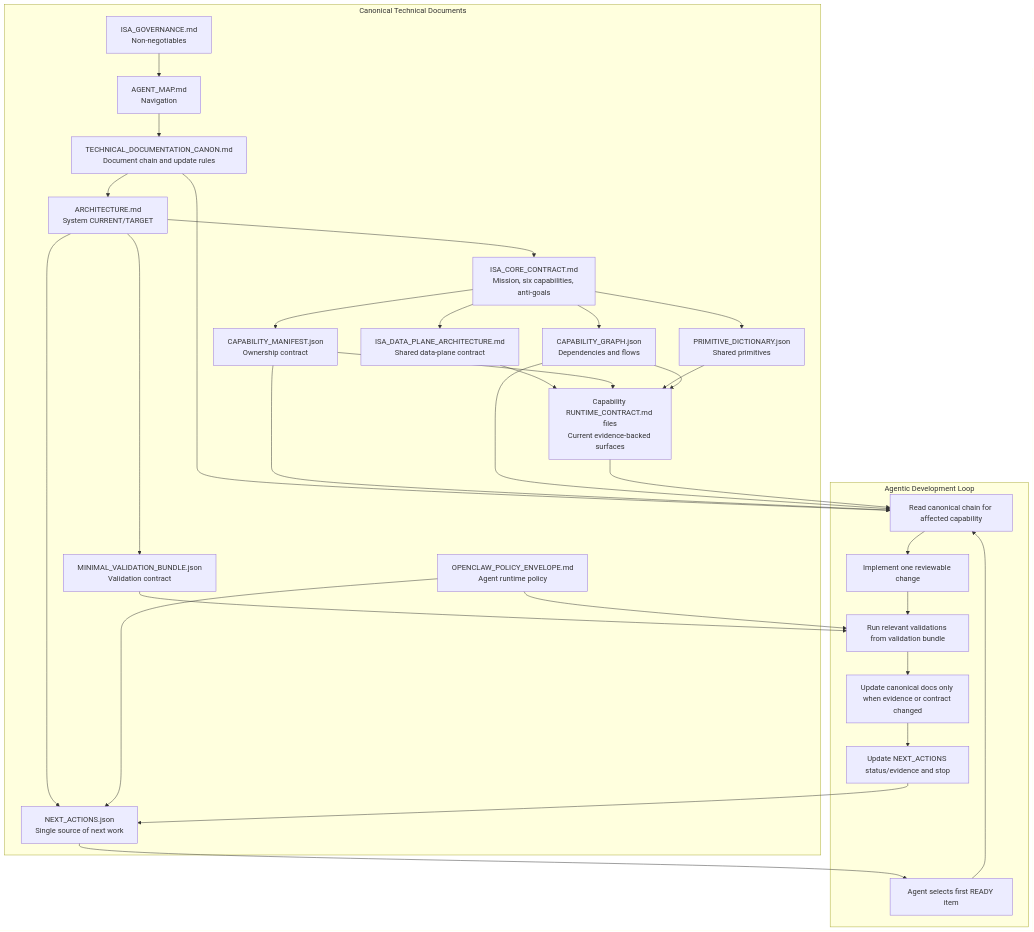
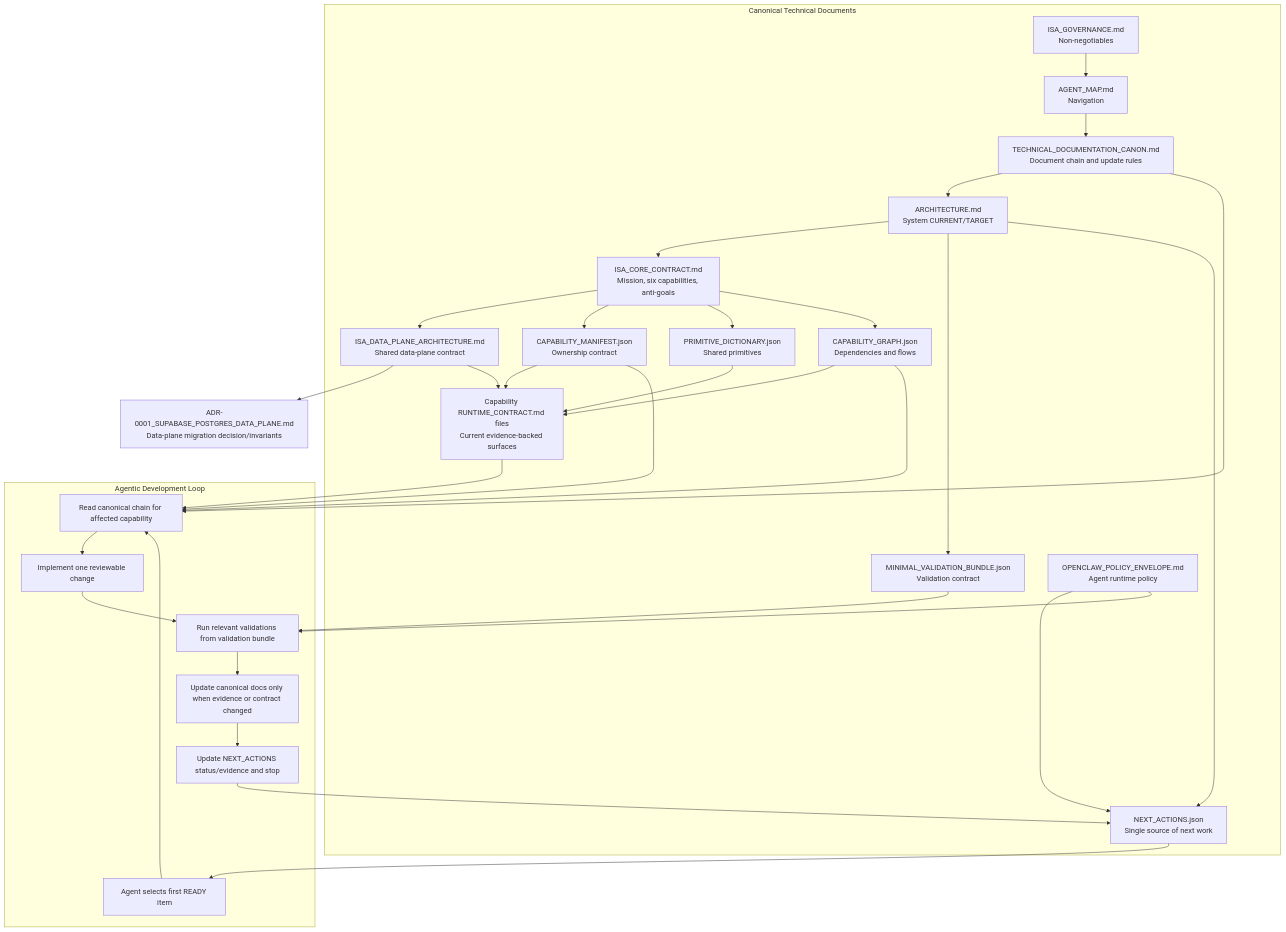
The diagram in docs/governance/TECHNICAL_DOCUMENTATION_CANON.md (GS1Ned/isa_web_clean), drawn with Mermaid before and after one commit. The commit also changed other lines of this file and 39 other files, not shown here.

Commit message:
feat(data-plane): establish supabase/postgres migration foundation and advisory join-model

````diff
--- a/docs/governance/TECHNICAL_DOCUMENTATION_CANON.md
+++ b/docs/governance/TECHNICAL_DOCUMENTATION_CANON.md
@@ -62,53 +64,54 @@
 ```mermaid
 flowchart TD
     subgraph CanonicalDocs["Canonical Technical Documents"]
         GOV["ISA_GOVERNANCE.md\nNon-negotiables"]
         MAP["AGENT_MAP.md\nNavigation"]
         CANON["TECHNICAL_DOCUMENTATION_CANON.md\nDocument chain and update rules"]
         ARCH["ARCHITECTURE.md\nSystem CURRENT/TARGET"]
         CORE["ISA_CORE_CONTRACT.md\nMission, six capabilities, anti-goals"]
         DATA["ISA_DATA_PLANE_ARCHITECTURE.md\nShared data-plane contract"]
         MANIFEST["CAPABILITY_MANIFEST.json\nOwnership contract"]
         PRIMS["PRIMITIVE_DICTIONARY.json\nShared primitives"]
         GRAPH["CAPABILITY_GRAPH.json\nDependencies and flows"]
         RUNTIME["Capability RUNTIME_CONTRACT.md files\nCurrent evidence-backed surfaces"]
         VALID["MINIMAL_VALIDATION_BUNDLE.json\nValidation contract"]
         NEXT["NEXT_ACTIONS.json\nSingle source of next work"]
         POLICY["OPENCLAW_POLICY_ENVELOPE.md\nAgent runtime policy"]
     end
 
     GOV --> MAP
     MAP --> CANON
     CANON --> ARCH
     ARCH --> CORE
     CORE --> DATA
+    DATA --> ADR["ADR-0001_SUPABASE_POSTGRES_DATA_PLANE.md\nData-plane migration decision/invariants"]
     CORE --> MANIFEST
     CORE --> PRIMS
     CORE --> GRAPH
     DATA --> RUNTIME
     MANIFEST --> RUNTIME
     PRIMS --> RUNTIME
     GRAPH --> RUNTIME
     ARCH --> VALID
     ARCH --> NEXT
     POLICY --> NEXT
 
     subgraph AgenticLoop["Agentic Development Loop"]
         A["Agent selects first READY item"]
         B["Read canonical chain for affected capability"]
         C["Implement one reviewable change"]
         D["Run relevant validations from validation bundle"]
         E["Update canonical docs only when evidence or contract changed"]
         F["Update NEXT_ACTIONS status/evidence and stop"]
     end
 
     NEXT --> A
     CANON --> B
     MANIFEST --> B
     GRAPH --> B
     RUNTIME --> B
     VALID --> D
     POLICY --> D
     A --> B --> C --> D --> E --> F
     F --> NEXT
 ```
````
